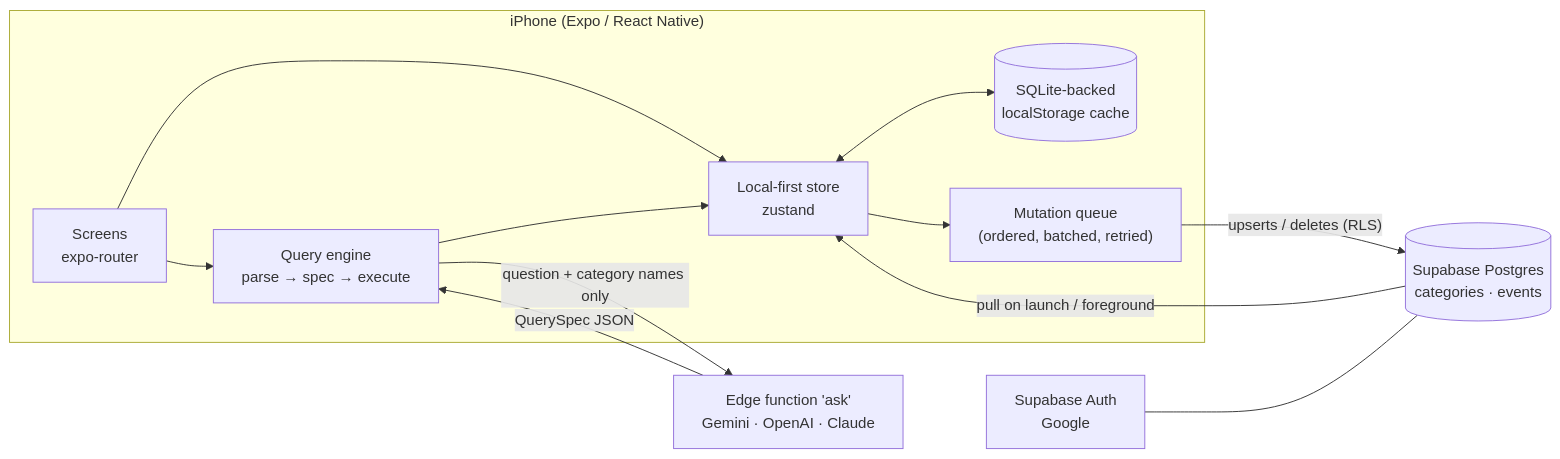
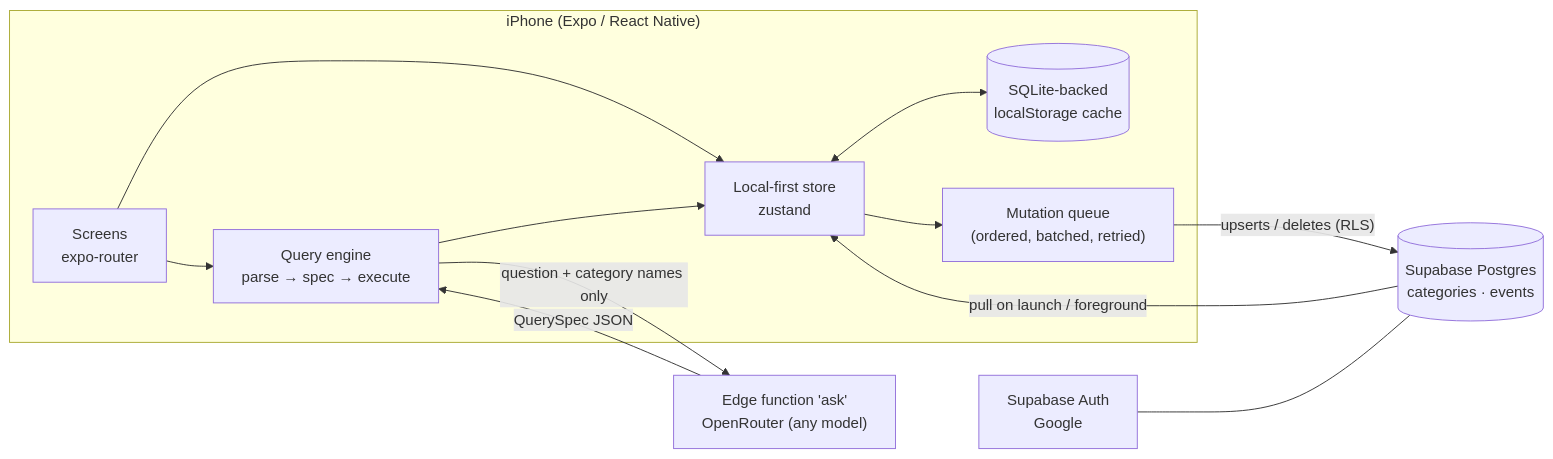
The diagram in README.md (sardeq/Occur), drawn with Mermaid before and after one commit. The commit also changed other lines of this file and 9 other files, not shown here.

````diff
--- a/README.md
+++ b/README.md
@@ -80,15 +84,15 @@
 ```mermaid
 flowchart LR
   subgraph iPhone["iPhone (Expo / React Native)"]
     UI["Screens<br/>expo-router"] --> Store["Local-first store<br/>zustand"]
     Store <--> Cache[("SQLite-backed<br/>localStorage cache")]
     Store --> Queue["Mutation queue<br/>(ordered, batched, retried)"]
     UI --> Engine["Query engine<br/>parse → spec → execute"]
     Engine --> Store
   end
   Queue -- "upserts / deletes (RLS)" --> PG[("Supabase Postgres<br/>categories · events")]
   PG -- "pull on launch / foreground" --> Store
-  Engine -- "question + category names only" --> Fn["Edge function 'ask'<br/>Gemini · OpenAI · Claude"]
+  Engine -- "question + category names only" --> Fn["Edge function 'ask'<br/>OpenRouter (any model)"]
   Fn -- "QuerySpec JSON" --> Engine
   Auth["Supabase Auth<br/>Google"] --- PG
 ```
````
